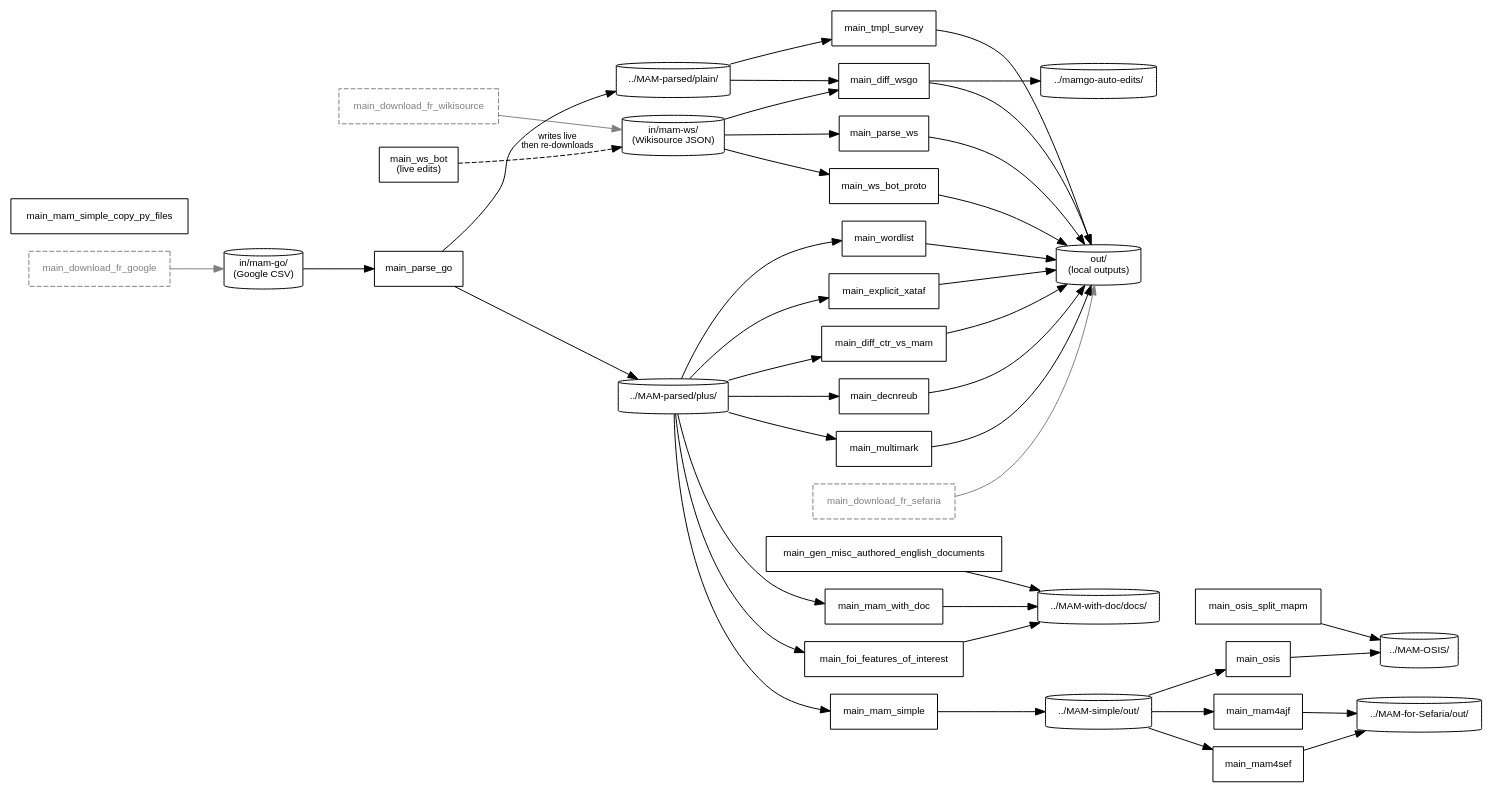
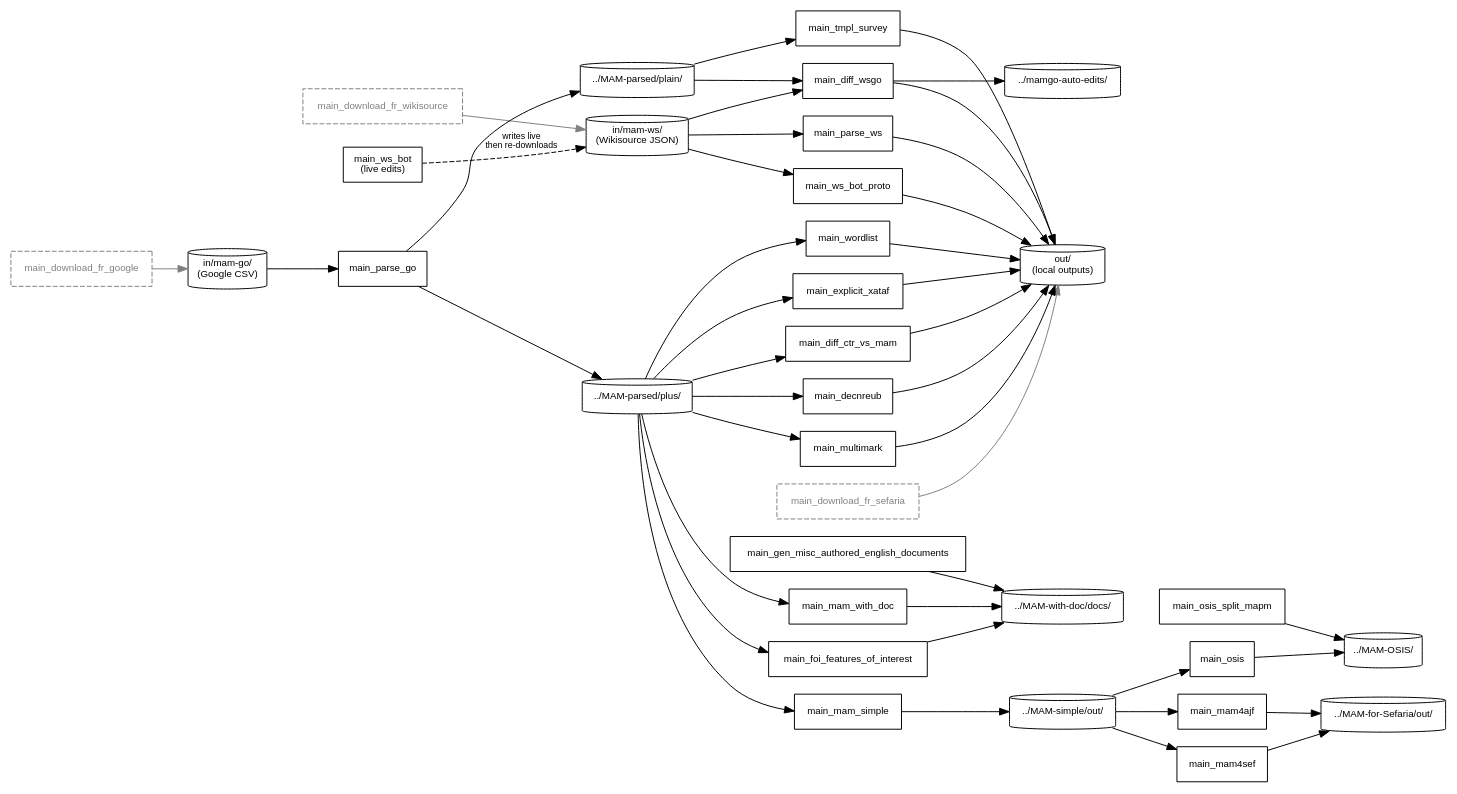
Before and after one commit to bdenckla/MAM-basics: the diagram in MAM-process-documentation/pipeline.dot, drawn with Graphviz. The commit also changed 5 other files, not shown here.

First line of the commit message:
Fold MAM-simple copy step into main_mam_simple

```diff
--- a/MAM-process-documentation/pipeline.dot
+++ b/MAM-process-documentation/pipeline.dot
@@ -1,105 +1,104 @@
 digraph mam_pipeline {
     // Speculation: this file may have been produced with Claude Code assistance.
     rankdir=LR;
     node [fontname="Helvetica", fontsize=10];
     edge [fontname="Helvetica", fontsize=9];
 
     // ── Data stores ──
     node [shape=cylinder];
     ds_go_csv    [label="in/mam-go/\n(Google CSV)"];
     ds_parsed_plus  [label="../MAM-parsed/plus/"];
     ds_parsed_plain [label="../MAM-parsed/plain/"];
     ds_ws        [label="in/mam-ws/\n(Wikisource JSON)"];
     ds_simple    [label="../MAM-simple/out/"];
     ds_with_doc  [label="../MAM-with-doc/docs/"];
     ds_sefaria   [label="../MAM-for-Sefaria/out/"];
     ds_osis      [label="../MAM-OSIS/"];
     ds_out       [label="out/\n(local outputs)"];
     ds_mamgo_auto [label="../mamgo-auto-edits/"];
 
     // ── External prerequisites (not part of _STEPS) ──
     node [shape=box, style=dashed, color=gray, fontcolor=gray];
     download_go  [label="main_download_fr_google"];
     download_ws  [label="main_download_fr_wikisource"];
     download_sef [label="main_download_fr_sefaria"];
 
     // ── Pipeline steps ──
     node [shape=box, style="", color="", fontcolor=""];
     parse_go     [label="main_parse_go"];
     foi          [label="main_foi_features_of_interest"];
     mam_with_doc [label="main_mam_with_doc"];
     tmpl_survey  [label="main_tmpl_survey"];
     mam_simple   [label="main_mam_simple"];
     mam4sef      [label="main_mam4sef"];
     mam4ajf      [label="main_mam4ajf"];
     osis         [label="main_osis"];
     decnreub     [label="main_decnreub"];
     multimark    [label="main_multimark"];
     wordlist     [label="main_wordlist"];
     explicit_xataf [label="main_explicit_xataf"];
     diff_wsgo    [label="main_diff_wsgo"];
     diff_ctr     [label="main_diff_ctr_vs_mam"];
     parse_ws     [label="main_parse_ws"];
     ws_bot_proto [label="main_ws_bot_proto"];
     ws_bot       [label="main_ws_bot\n(live edits)"];
     gen_docs     [label="main_gen_misc_authored_english_documents"];
-    mam_xml_copy [label="main_mam_simple_copy_py_files"];
     osis_split   [label="main_osis_split_mapm"];
 
     // ── Edges ──
 
     // Google pipeline
     download_go  -> ds_go_csv   [color=gray];
     ds_go_csv    -> parse_go;
     parse_go     -> ds_parsed_plus;
     parse_go     -> ds_parsed_plain;
 
     // MAM-parsed consumers
     ds_parsed_plus  -> foi;
     ds_parsed_plus  -> mam_with_doc;
     ds_parsed_plus  -> mam_simple;
     ds_parsed_plus  -> decnreub;
     ds_parsed_plus  -> multimark;
     ds_parsed_plus  -> wordlist;
     ds_parsed_plus  -> explicit_xataf;
     ds_parsed_plus  -> diff_ctr;
     ds_parsed_plain -> tmpl_survey;
     ds_parsed_plain -> diff_wsgo;
 
     // MAM-with-doc outputs
     foi          -> ds_with_doc;
     mam_with_doc -> ds_with_doc;
     gen_docs     -> ds_with_doc;
 
     // MAM-simple pipeline
     mam_simple   -> ds_simple;
     ds_simple    -> mam4sef;
     ds_simple    -> mam4ajf;
     ds_simple    -> osis;
     mam4sef      -> ds_sefaria;
     mam4ajf      -> ds_sefaria;
     osis         -> ds_osis;
     osis_split   -> ds_osis;
 
     // Local out/ outputs
     tmpl_survey  -> ds_out;
     decnreub     -> ds_out;
     multimark    -> ds_out;
     wordlist     -> ds_out;
     explicit_xataf -> ds_out;
     diff_wsgo    -> ds_out;
     diff_wsgo    -> ds_mamgo_auto;
     diff_ctr     -> ds_out;
     parse_ws     -> ds_out;
     ws_bot_proto -> ds_out;
 
     // Wikisource pipeline
     download_ws  -> ds_ws       [color=gray];
     ds_ws        -> diff_wsgo;
     ds_ws        -> parse_ws;
     ds_ws        -> ws_bot_proto;
     ws_bot       -> ds_ws       [style=dashed, label="writes live\nthen re-downloads"];
 
     // Sefaria download (standalone)
     download_sef -> ds_out      [color=gray];
 }
```
